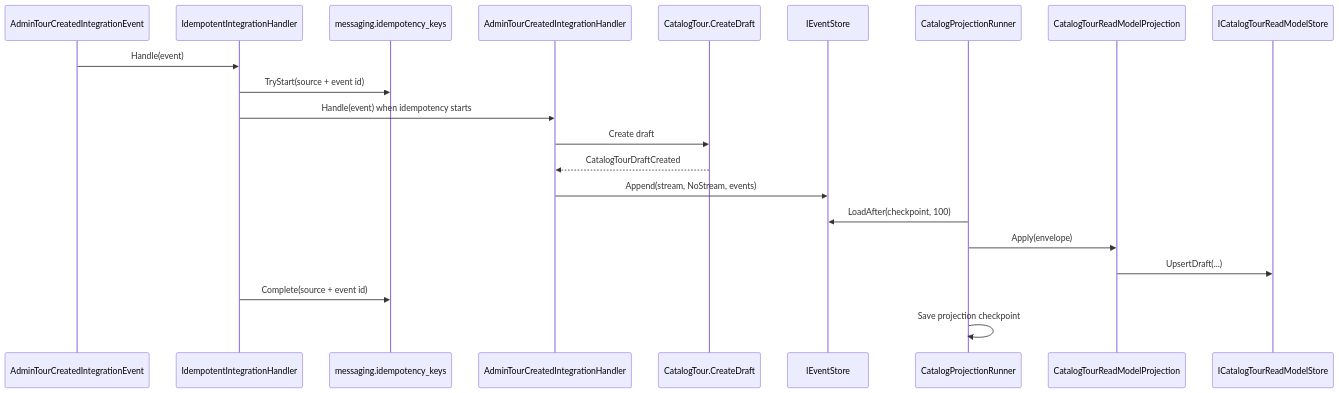
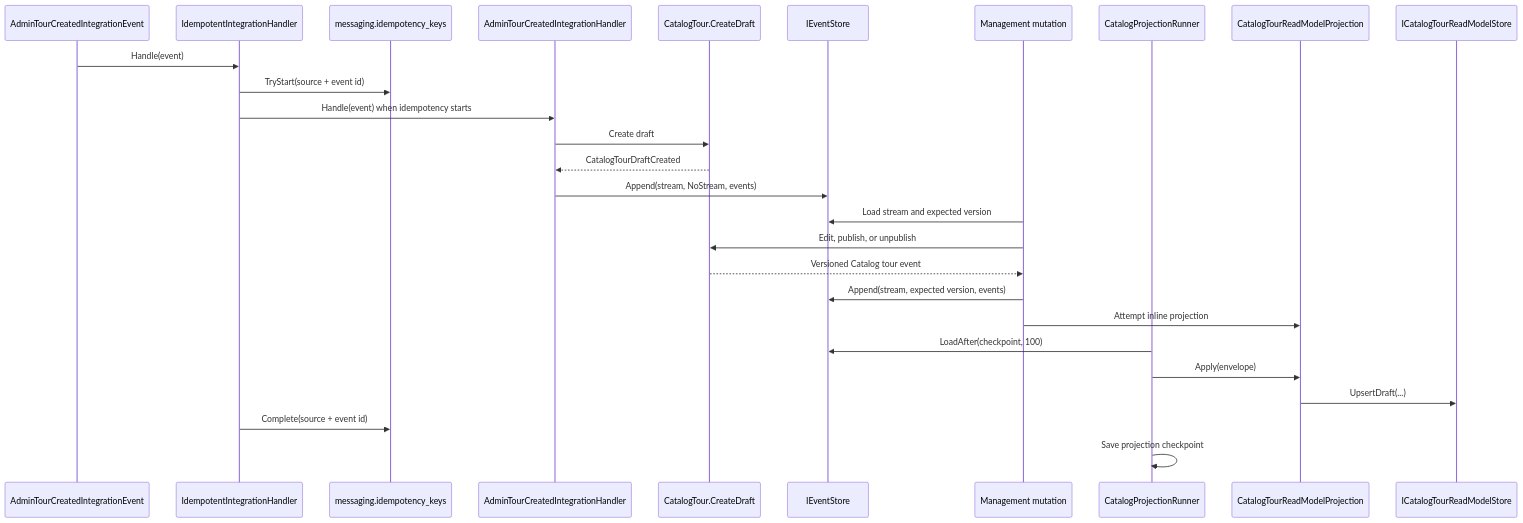
One commit to danigutsch/ViajantesTurismo changed the fifth of 11 diagrams in docs/architecture/FLOWS.md. Above: the diagram before and after it, drawn with Mermaid. The commit also changed other lines of this file and 44 other files, not shown here.

````diff
--- a/docs/architecture/FLOWS.md
+++ b/docs/architecture/FLOWS.md
@@ -133,24 +180,30 @@
 ```mermaid
 sequenceDiagram
     participant Event as AdminTourCreatedIntegrationEvent
     participant Idem as IdempotentIntegrationHandler
     participant Keys as messaging.idempotency_keys
     participant Handler as AdminTourCreatedIntegrationHandler
     participant Aggregate as CatalogTour.CreateDraft
     participant Store as IEventStore
+    participant Management as Management mutation
     participant Runner as CatalogProjectionRunner
     participant Projection as CatalogTourReadModelProjection
     participant ReadModel as ICatalogTourReadModelStore
 
     Event->>Idem: Handle(event)
     Idem->>Keys: TryStart(source + event id)
     Idem->>Handler: Handle(event) when idempotency starts
     Handler->>Aggregate: Create draft
     Aggregate-->>Handler: CatalogTourDraftCreated
     Handler->>Store: Append(stream, NoStream, events)
+    Management->>Store: Load stream and expected version
+    Management->>Aggregate: Edit, publish, or unpublish
+    Aggregate-->>Management: Versioned Catalog tour event
+    Management->>Store: Append(stream, expected version, events)
+    Management->>Projection: Attempt inline projection
     Runner->>Store: LoadAfter(checkpoint, 100)
     Runner->>Projection: Apply(envelope)
     Projection->>ReadModel: UpsertDraft(...)
     Idem->>Keys: Complete(source + event id)
     Runner->>Runner: Save projection checkpoint
 ```
````
